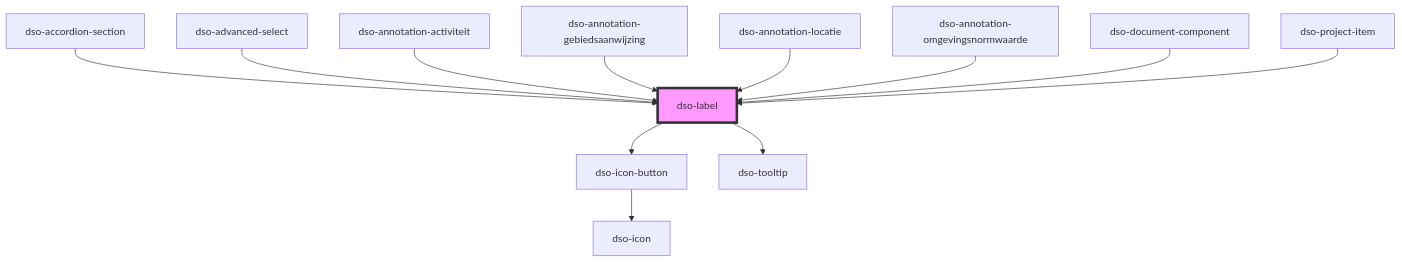
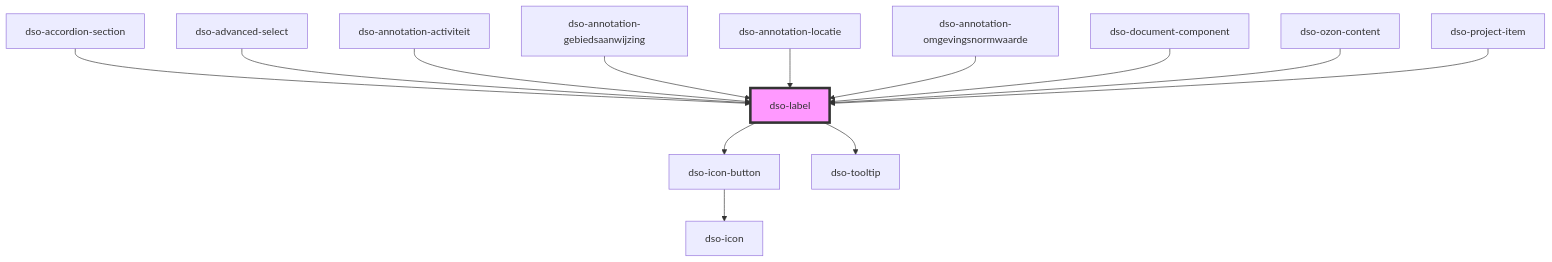
Before and after one commit to dso-toolkit/dso-toolkit: the diagram in packages/core/src/components/label/readme.md, drawn with Mermaid. The commit also changed other lines of this file and 17 other files, not shown here.

````diff
--- a/packages/core/src/components/label/readme.md
+++ b/packages/core/src/components/label/readme.md
@@ -48,15 +49,16 @@
 ```mermaid
 graph TD;
   dso-label --> dso-icon-button
   dso-label --> dso-tooltip
   dso-icon-button --> dso-icon
   dso-accordion-section --> dso-label
   dso-advanced-select --> dso-label
   dso-annotation-activiteit --> dso-label
   dso-annotation-gebiedsaanwijzing --> dso-label
   dso-annotation-locatie --> dso-label
   dso-annotation-omgevingsnormwaarde --> dso-label
   dso-document-component --> dso-label
+  dso-ozon-content --> dso-label
   dso-project-item --> dso-label
   style dso-label fill:#f9f,stroke:#333,stroke-width:4px
 ```
````
